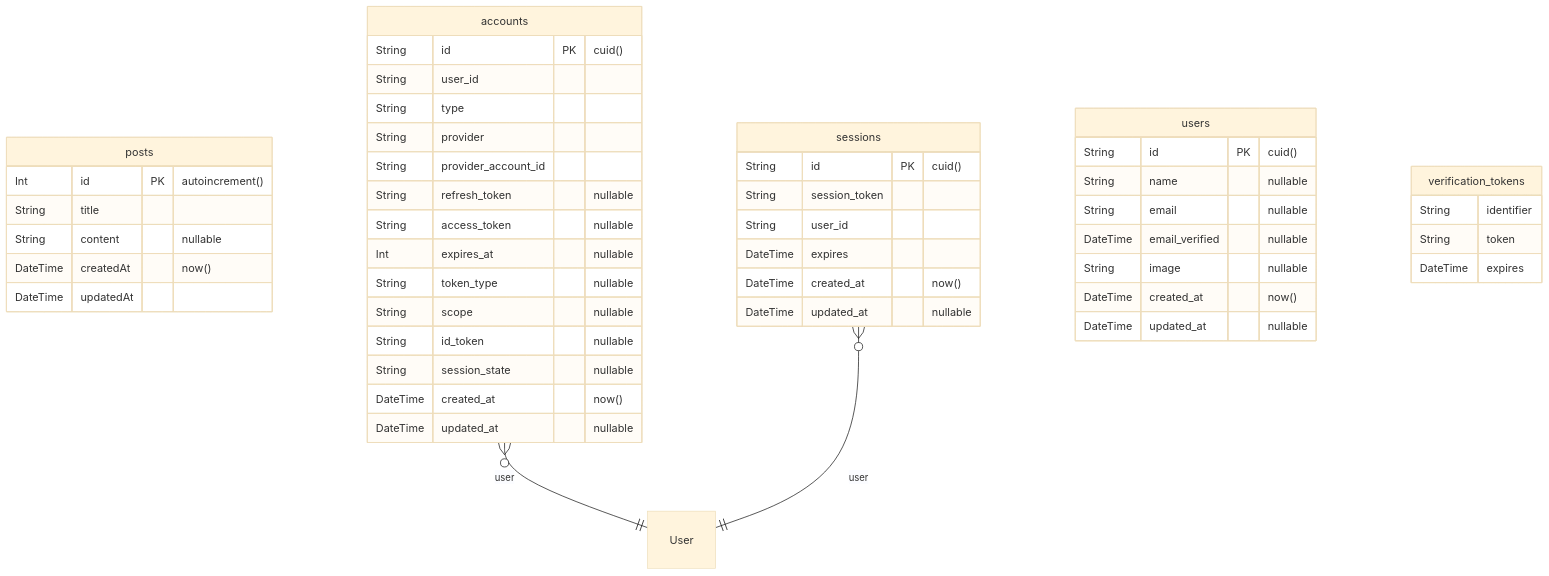
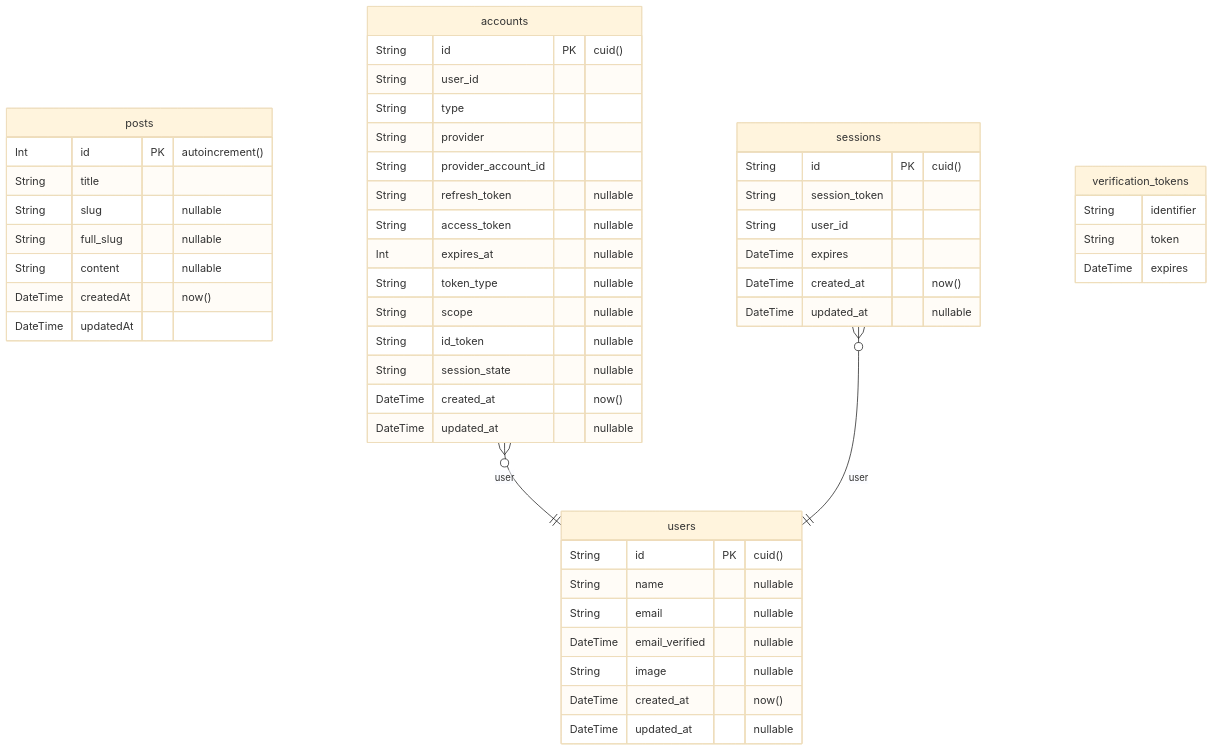
One commit to boleknowak/piotrdoniak.com changed the diagram in prisma/ERD.md. Above: the diagram before and after it, drawn with Mermaid (base theme). The commit also changed 5 other files, not shown here.

Commit message:
:tada: added slug to database schema

````diff
--- a/prisma/ERD.md
+++ b/prisma/ERD.md
@@ -1,51 +1,53 @@
 ```mermaid
 erDiagram
 	posts {
 		Int id PK  "autoincrement()"
 		String title
+		String slug  "nullable"
+		String full_slug  "nullable"
 		String content  "nullable"
 		DateTime createdAt  "now()"
 		DateTime updatedAt
 	}
 	accounts {
 		String id PK  "cuid()"
 		String user_id
 		String type
 		String provider
 		String provider_account_id
 		String refresh_token  "nullable"
 		String access_token  "nullable"
 		Int expires_at  "nullable"
 		String token_type  "nullable"
 		String scope  "nullable"
 		String id_token  "nullable"
 		String session_state  "nullable"
 		DateTime created_at  "now()"
 		DateTime updated_at  "nullable"
 	}
 	sessions {
 		String id PK  "cuid()"
 		String session_token
 		String user_id
 		DateTime expires
 		DateTime created_at  "now()"
 		DateTime updated_at  "nullable"
 	}
 	users {
 		String id PK  "cuid()"
 		String name  "nullable"
 		String email  "nullable"
 		DateTime email_verified  "nullable"
 		String image  "nullable"
 		DateTime created_at  "now()"
 		DateTime updated_at  "nullable"
 	}
 	verification_tokens {
 		String identifier
 		String token
 		DateTime expires
 	}
-	accounts }o--|| User : user
-	sessions }o--|| User : user
+	accounts }o--|| users : user
+	sessions }o--|| users : user
 
 ```
````
